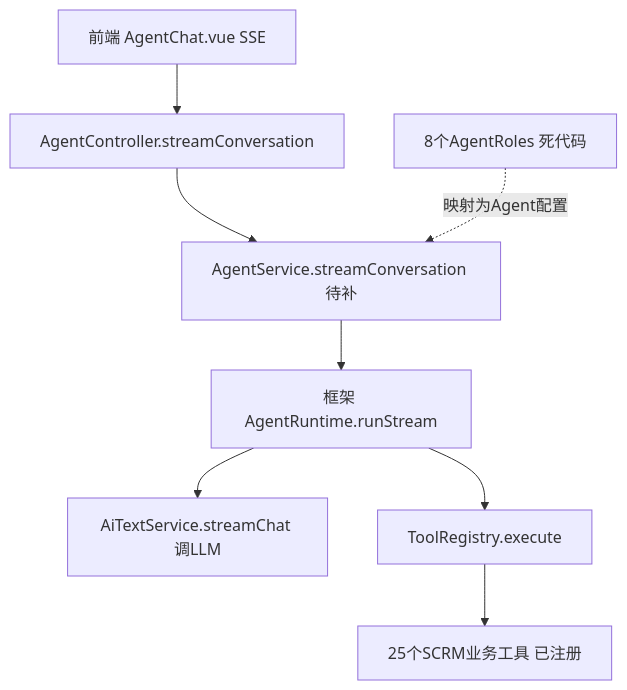
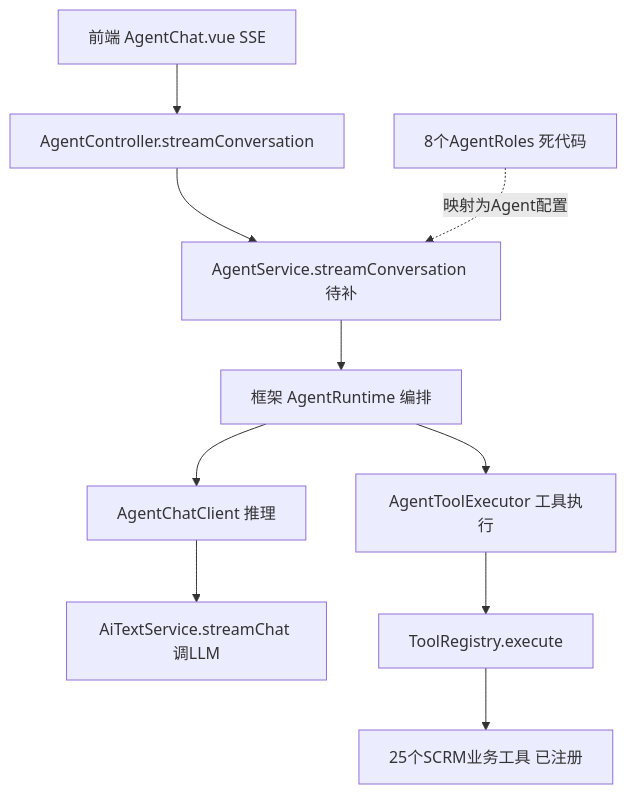
One commit to dsplat/multi-tenant-saas changed the first of 6 diagrams in docs/ai-usage-architecture.md. Above: the diagram before and after it, drawn with Mermaid. The commit also changed other lines of this file and 28 other files, not shown here.

````diff
--- a/docs/ai-usage-architecture.md
+++ b/docs/ai-usage-architecture.md
@@ -203,10 +203,12 @@
 ```mermaid
 graph TB
     A[前端 AgentChat.vue SSE] --> B[AgentController.streamConversation]
     B --> C[AgentService.streamConversation 待补]
-    C --> D[框架 AgentRuntime.runStream]
-    D --> E[AiTextService.streamChat 调LLM]
-    D --> F[ToolRegistry.execute]
+    C --> D[框架 AgentRuntime 编排]
+    D --> D1[AgentChatClient 推理]
+    D --> D2[AgentToolExecutor 工具执行]
+    D1 --> E[AiTextService.streamChat 调LLM]
+    D2 --> F[ToolRegistry.execute]
     F --> G[25个SCRM业务工具 已注册]
     H[8个AgentRoles 死代码] -.映射为Agent配置.-> C
 ```
````
